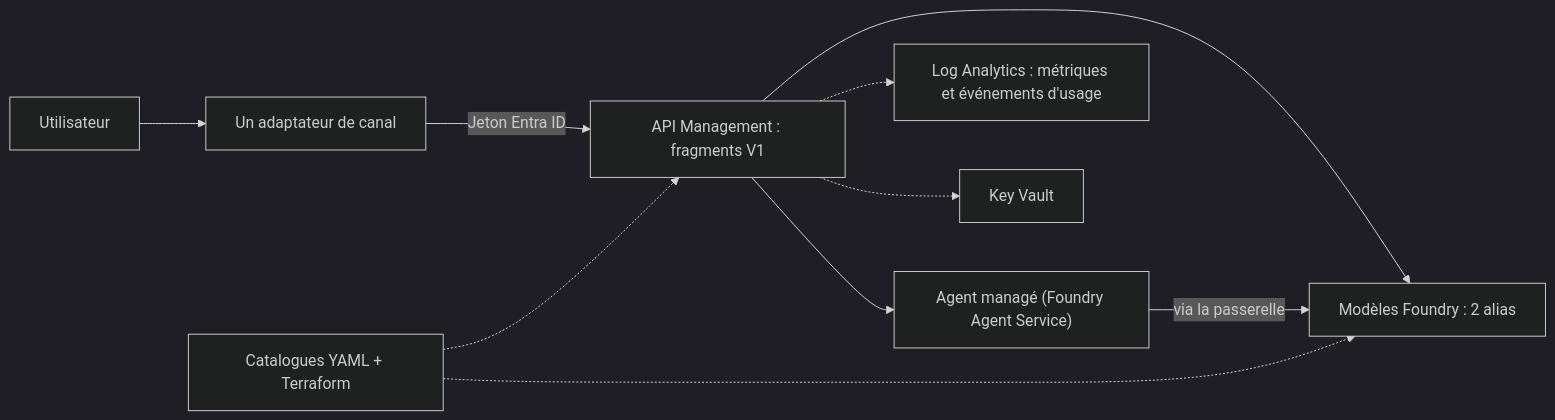
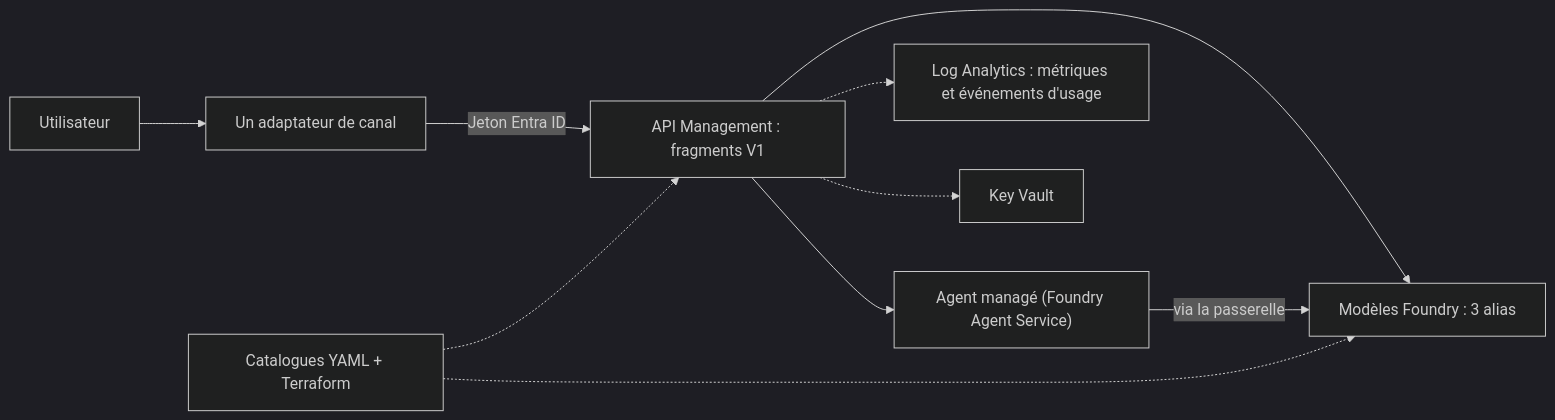
One commit to Cross-olenine/ai-platform changed the diagram in docs/architecture/v1-socle-minimal.md. Above: the diagram before and after it, drawn with Mermaid (dark theme). The commit also changed other lines of this file and 26 other files, not shown here.

````diff
--- a/docs/architecture/v1-socle-minimal.md
+++ b/docs/architecture/v1-socle-minimal.md
@@ -7,12 +7,12 @@
 ```mermaid
 flowchart LR
   U["Utilisateur"] --> C["Un adaptateur de canal"]
   C -->|"Jeton Entra ID"| G["API Management : fragments V1"]
   G --> A["Agent managé (Foundry Agent Service)"]
-  G --> M["Modèles Foundry : 2 alias"]
+  G --> M["Modèles Foundry : 3 alias"]
   A -->|"via la passerelle"| M
   G -.-> O["Log Analytics : métriques et événements d'usage"]
   G -.-> K["Key Vault"]
   CAT["Catalogues YAML + Terraform"] -.-> G
   CAT -.-> M
 ```
````
